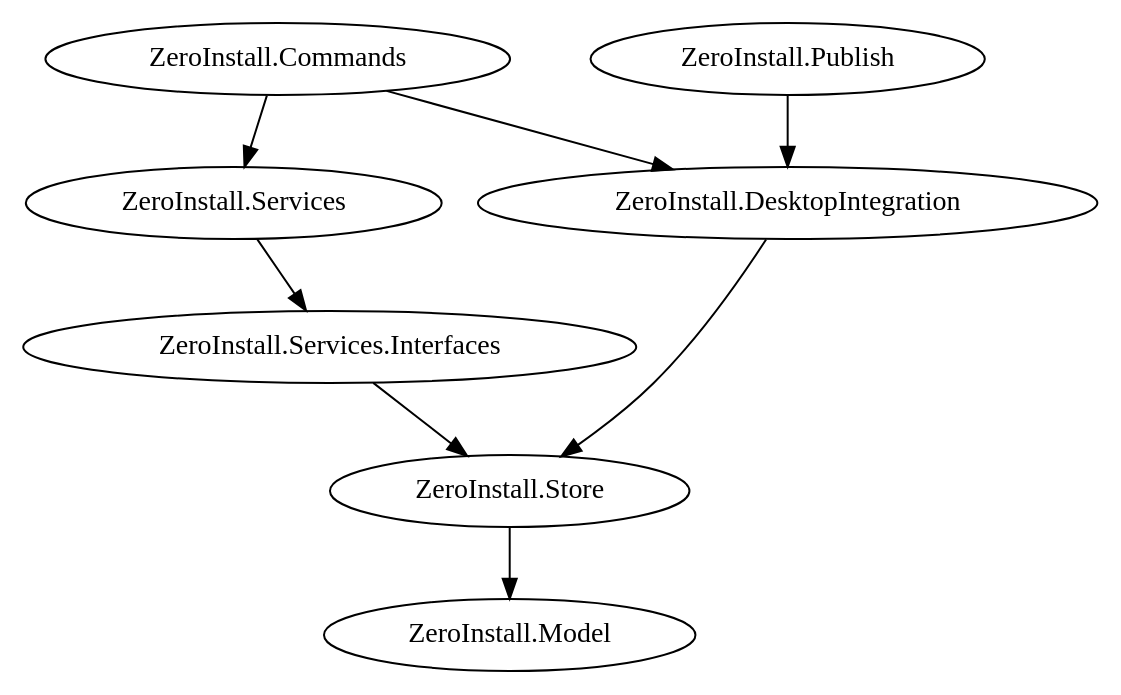
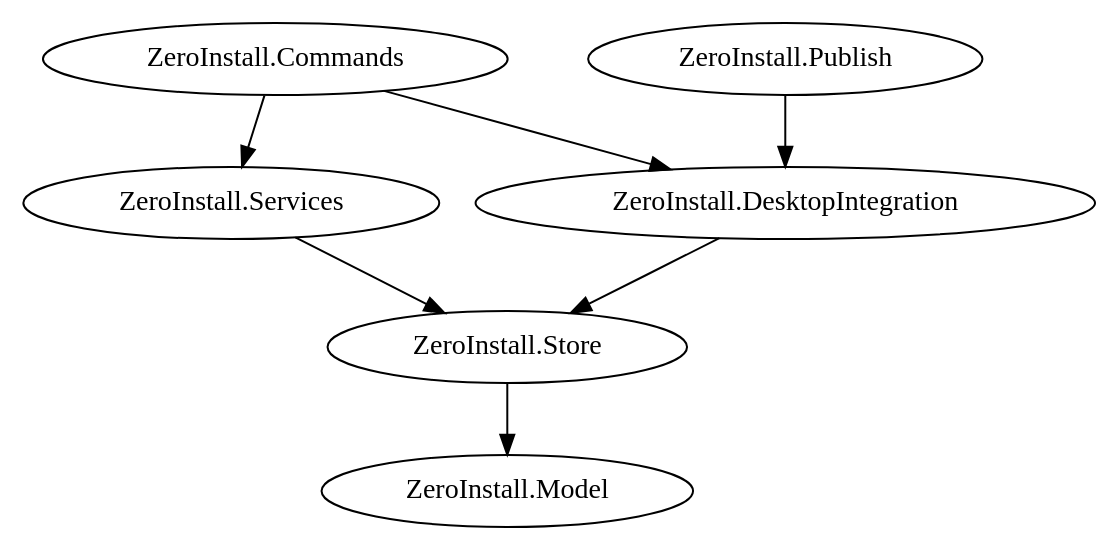
The diagram in doc/img/nuget-dependencies.dot (0install/0install-dotnet), drawn with Graphviz before and after one commit. The commit also changed 35 other files, not shown here.

Commit message:
Merged Services.Interfaces into Services

```diff
--- a/doc/img/nuget-dependencies.dot
+++ b/doc/img/nuget-dependencies.dot
@@ -1,15 +1,14 @@
 digraph {
     commands [label="ZeroInstall.Commands"];
     publish [label="ZeroInstall.Publish"];
     services [label="ZeroInstall.Services"];
-    services_interfaces [label="ZeroInstall.Services.Interfaces"];
     desktop_integration [label="ZeroInstall.DesktopIntegration"];
     store [label="ZeroInstall.Store"];
     model [label="ZeroInstall.Model"];
 
     commands -> {services desktop_integration};
     publish -> desktop_integration;
-    services -> services_interfaces -> store;
+    services -> store;
     desktop_integration -> store;
     store -> model;
 }
```
